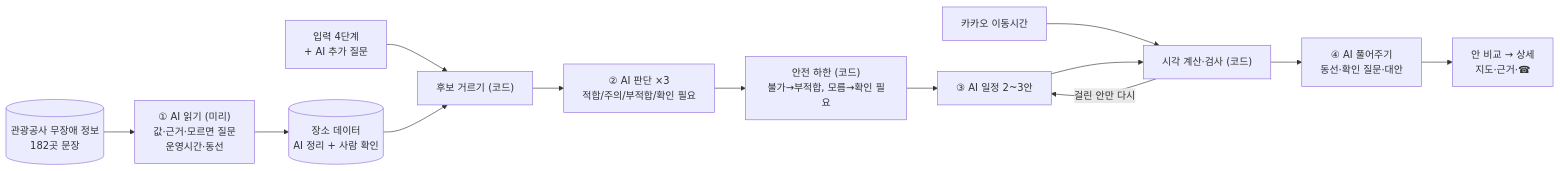
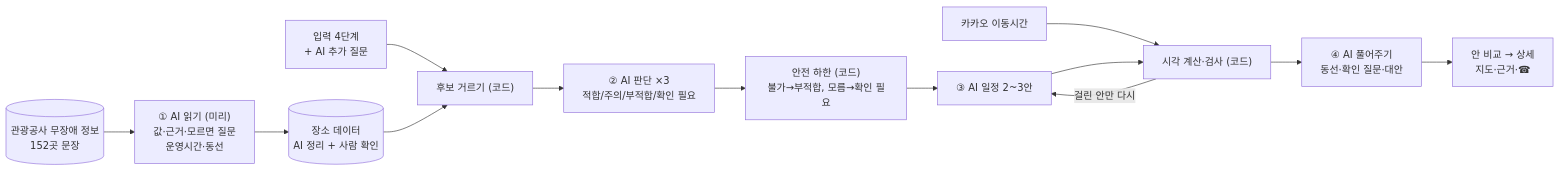
Before and after one commit to ieumgil/ieumgil-ai: the diagram in README.md, drawn with Mermaid. The commit also changed other lines of this file and 8 other files, not shown here.

````diff
--- a/README.md
+++ b/README.md
@@ -52,15 +52,15 @@
 ```mermaid
 flowchart LR
-    D[("관광공사 무장애 정보<br/>182곳 문장")] --> R1["① AI 읽기 (미리)<br/>값·근거·모르면 질문<br/>운영시간·동선"]
+    D[("관광공사 무장애 정보<br/>152곳 문장")] --> R1["① AI 읽기 (미리)<br/>값·근거·모르면 질문<br/>운영시간·동선"]
     R1 --> P[("장소 데이터<br/>AI 정리 + 사람 확인")]
     A["입력 4단계<br/>+ AI 추가 질문"] --> F["후보 거르기 (코드)"]
     P --> F
     F --> J["② AI 판단 ×3<br/>적합/주의/부적합/확인 필요"]
     J --> G["안전 하한 (코드)<br/>불가→부적합, 모름→확인 필요"]
     G --> PL["③ AI 일정 2~3안"]
     K["카카오 이동시간"] --> T
     PL --> T["시각 계산·검사 (코드)"]
     T -- "걸린 안만 다시" --> PL
     T --> X["④ AI 풀어주기<br/>동선·확인 질문·대안"]
     X --> S["안 비교 → 상세<br/>지도·근거·☎"]
 ```
````
